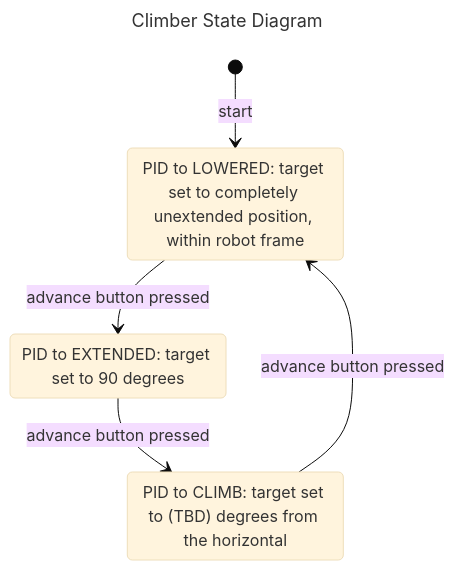
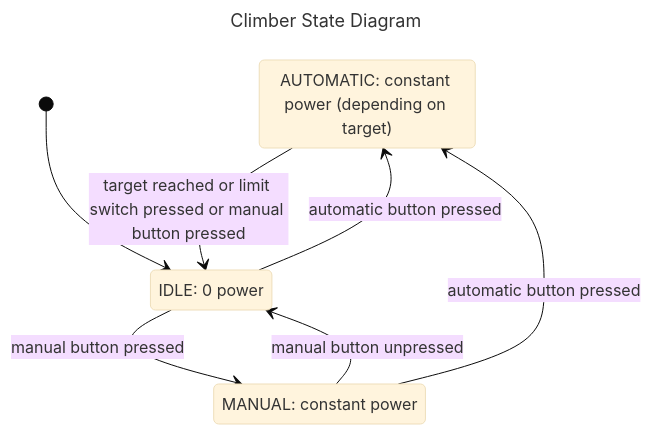
The diagram in doc/ClimberFSM.md (beranki/FRC2025), drawn with Mermaid (base theme) before and after one commit. The commit also changed other lines of this file and 71 other files, not shown here.

````diff
--- a/doc/ClimberFSM.md
+++ b/doc/ClimberFSM.md
@@ -3,15 +3,15 @@
 ```mermaid
 ---
 title: Climber State Diagram
 ---
 stateDiagram-v2
-state "PID to LOWERED: target set to completely unextended position, within robot frame" as LOWERED
-state "PID to EXTENDED: target set to 90 degrees" as EXTENDED
-state "PID to CLIMB: target set to (TBD) degrees from the horizontal" as CLIMB
-[*] --> LOWERED: start
-
-
-LOWERED --> EXTENDED: advance button pressed
-EXTENDED --> CLIMB: advance button pressed
-CLIMB --> LOWERED: advance button pressed
+state "AUTOMATIC: constant power (depending on target)" as A
+state "MANUAL: constant power" as M
+state "IDLE: 0 power" as I
+[*] --> I
+I --> M: manual button pressed
+M --> I: manual button unpressed
+I --> A: automatic button pressed
+A --> I: target reached or limit switch pressed or manual button pressed
+M --> A: automatic button pressed
 ```
````
